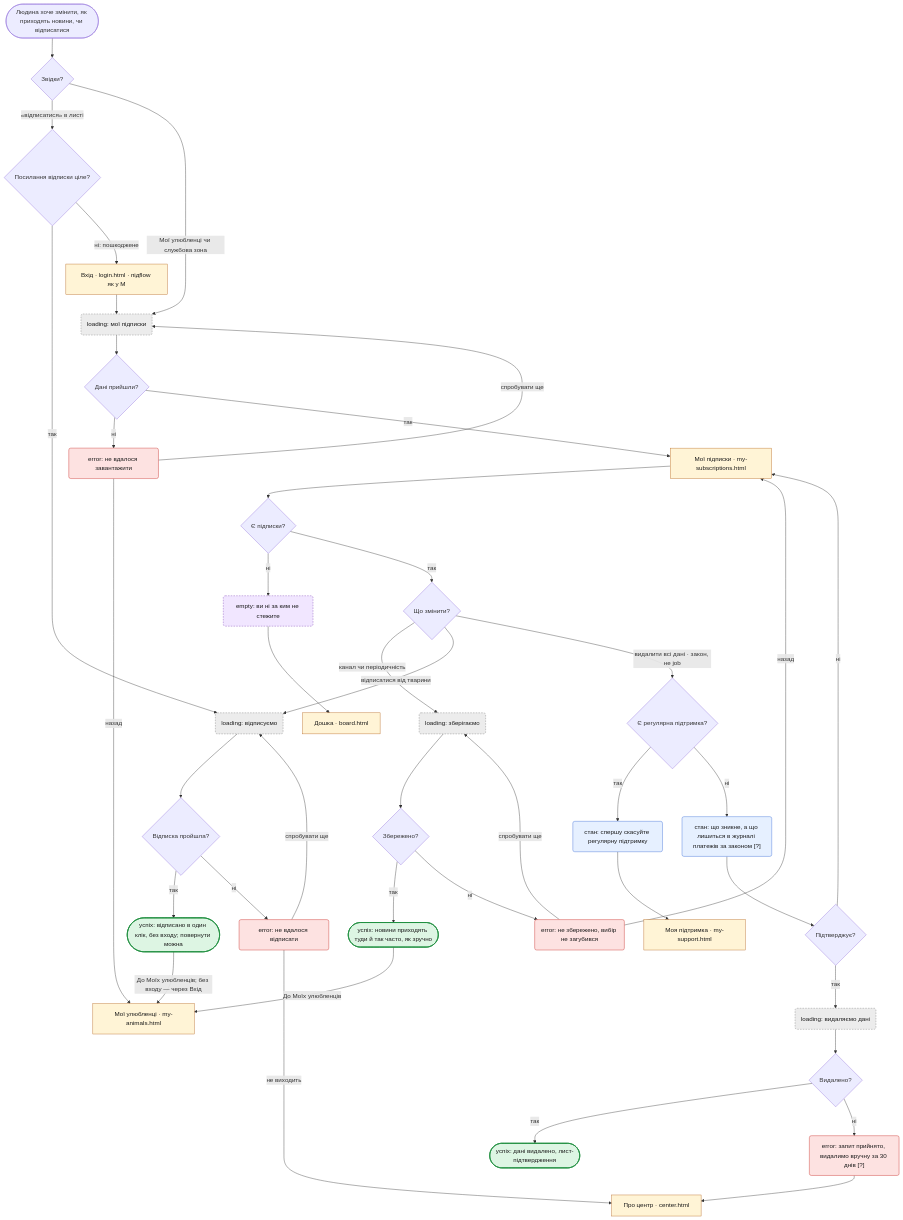
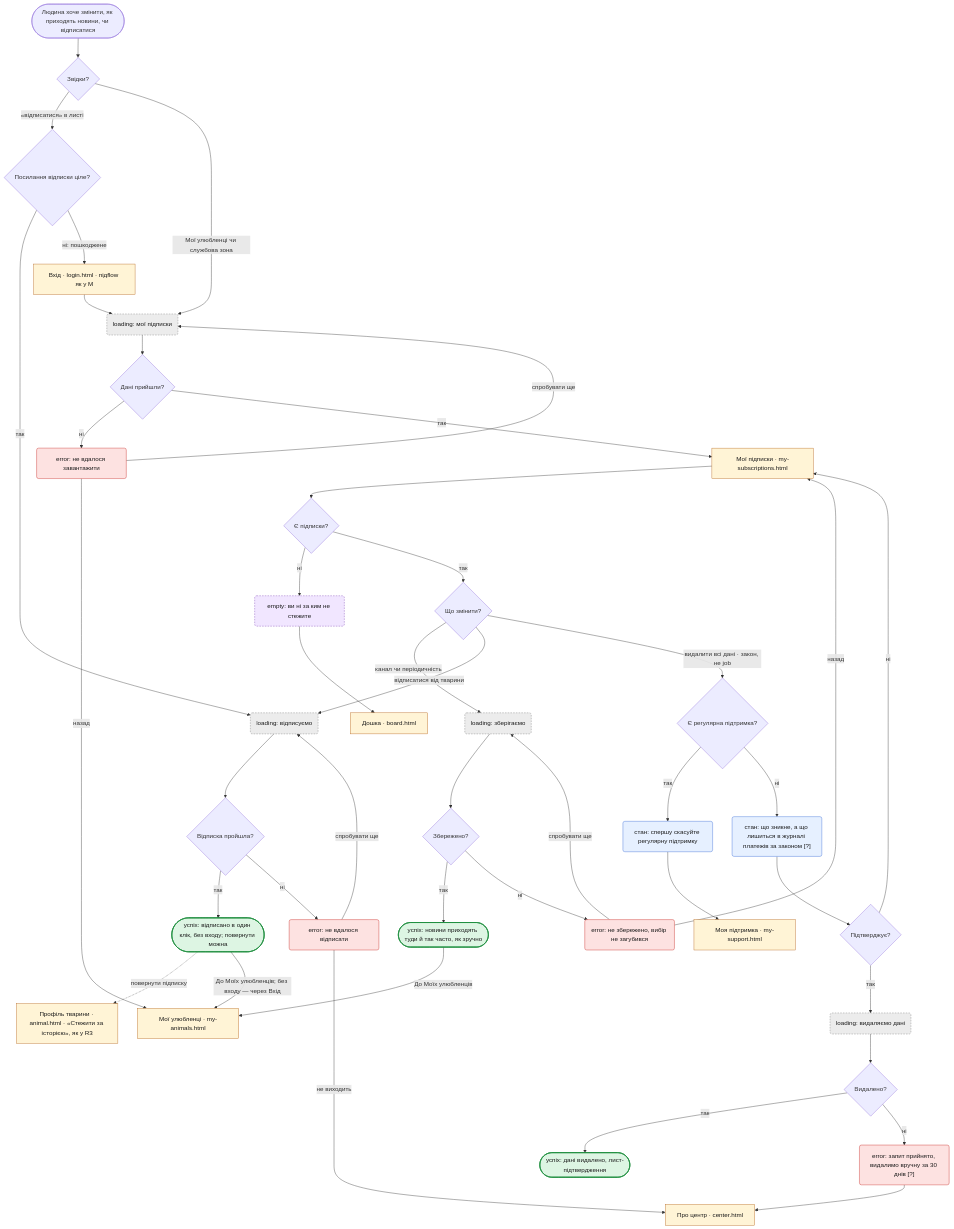
One commit to diadieva/pride changed the sixth of 8 diagrams in flows.md. Above: the diagram before and after it, drawn with Mermaid. The commit also changed other lines of this file and 10 other files, not shown here.

First line of the commit message:
Align flow state types with sitemap and apply review decisions

````diff
--- a/flows.md
+++ b/flows.md
@@ -587,60 +589,60 @@
 ```mermaid
 flowchart TD
     S(["Людина хоче змінити, як приходять новини, чи відписатися"]) --> Q1{"Звідки?"}
     Q1 -->|"«відписатися» в листі"| Q2{"Посилання відписки ціле?"}
     Q2 -->|так| L1("loading: відписуємо")
     Q2 -->|"ні: пошкоджене"| LOGIN["Вхід · login.html · підflow як у M"]
     L1 --> Q3{"Відписка пройшла?"}
     Q3 -->|так| OK1(["успіх: відписано в один клік, без входу; повернути можна"])
+    OK1 -.->|"повернути підписку"| PROF["Профіль тварини · animal.html · «Стежити за історією», як у R3"]
     Q3 -->|ні| E1("error: не вдалося відписати")
     E1 -->|"спробувати ще"| L1
     E1 -->|"не виходить"| CONTACT["Про центр · center.html"]
 
     Q1 -->|"Мої улюбленці чи службова зона"| L2("loading: мої підписки")
     LOGIN --> L2
     L2 --> Q4{"Дані прийшли?"}
     Q4 -->|ні| E2("error: не вдалося завантажити")
     E2 -->|"спробувати ще"| L2
     E2 -->|"назад"| MAIN["Мої улюбленці · my-animals.html"]
     Q4 -->|так| SUBS["Мої підписки · my-subscriptions.html"]
     SUBS --> Q5{"Є підписки?"}
     Q5 -->|ні| EM1("empty: ви ні за ким не стежите")
     EM1 --> BOARD["Дошка · board.html"]
     Q5 -->|так| Q6{"Що змінити?"}
 
     Q6 -->|"канал чи періодичність"| L3("loading: зберігаємо")
     L3 --> Q7{"Збережено?"}
     Q7 -->|так| OK2(["успіх: новини приходять туди й так часто, як зручно"])
     OK2 -->|"До Моїх улюбленців"| MAIN
     OK1 -->|"До Моїх улюбленців; без входу — через Вхід"| MAIN
     Q7 -->|ні| E3("error: не збережено, вибір не загубився")
     E3 -->|"спробувати ще"| L3
     E3 -->|"назад"| SUBS
 
     Q6 -->|"відписатися від тварини"| L1
 
     Q6 -->|"видалити всі дані · закон, не job"| Q8{"Є регулярна підтримка?"}
     Q8 -->|так| ST1("стан: спершу скасуйте регулярну підтримку")
     ST1 --> SUP["Моя підтримка · my-support.html"]
     Q8 -->|ні| ST2("стан: що зникне, а що лишиться в журналі платежів за законом [?]")
     ST2 --> Q9{"Підтверджує?"}
     Q9 -->|ні| SUBS
     Q9 -->|так| L4("loading: видаляємо дані")
     L4 --> Q10{"Видалено?"}
     Q10 -->|так| OK3(["успіх: дані видалено, лист-підтвердження"])
     Q10 -->|ні| E4("error: запит прийнято, видалимо вручну за 30 днів [?]")
     E4 --> CONTACT
-
     classDef screen fill:#FFF4D6,stroke:#B5651D,color:#1a1a1a
     classDef loading fill:#ECECEC,stroke:#777777,color:#1a1a1a,stroke-dasharray:4 3
     classDef empty fill:#F1E6FF,stroke:#7B3FB5,color:#1a1a1a,stroke-dasharray:4 3
     classDef error fill:#FDE2E1,stroke:#C5221F,color:#1a1a1a
     classDef state fill:#E6F0FF,stroke:#3367D6,color:#1a1a1a
     classDef ok fill:#DDF5E3,stroke:#1E8E3E,color:#1a1a1a,stroke-width:2px
-    class LOGIN,CONTACT,MAIN,SUBS,BOARD,SUP screen
+    class LOGIN,CONTACT,MAIN,SUBS,BOARD,SUP,PROF screen
     class L1,L2,L3,L4 loading
     class EM1 empty
     class E1,E2,E3,E4 error
     class ST1,ST2 state
     class OK1,OK2,OK3 ok
 ```
````
